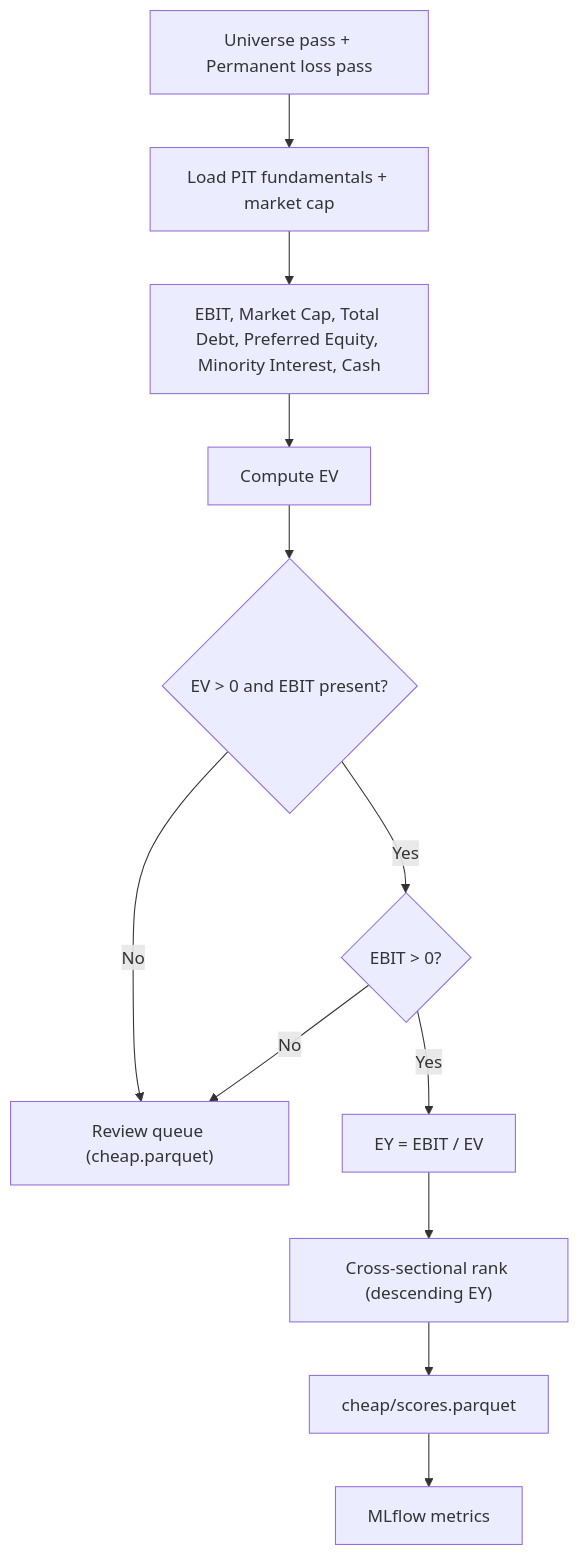
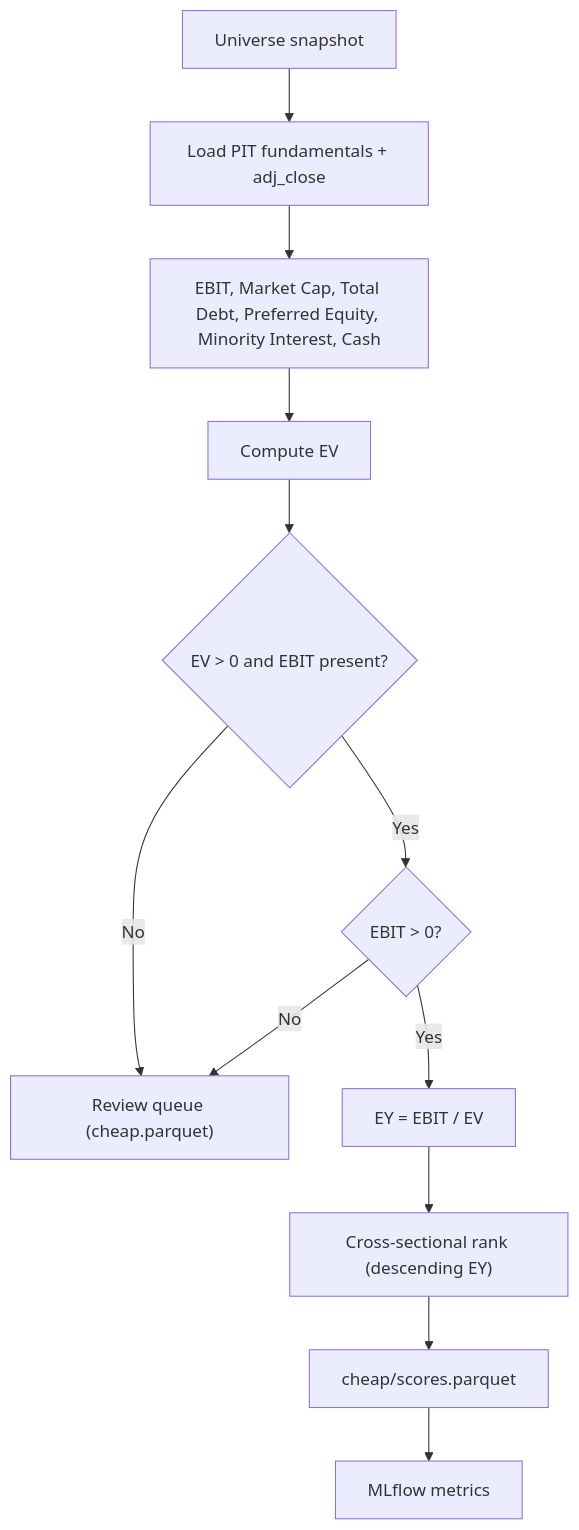
The diagram in spec/features/003-cheap-stocks/spec.md (JLaborda/SmartWealthAI), drawn with Mermaid before and after one commit. The commit also changed other lines of this file and 2 other files, not shown here.

````diff
--- a/spec/features/003-cheap-stocks/spec.md
+++ b/spec/features/003-cheap-stocks/spec.md
@@ -65,16 +86,16 @@
 ```mermaid
 flowchart TD
-    Passing["Universe pass + Permanent loss pass"] --> Loader["Load PIT fundamentals + market cap"]
+    Passing["Universe snapshot"] --> Loader["Load PIT fundamentals + adj_close"]
     Loader --> Components["EBIT, Market Cap, Total Debt, Preferred Equity, Minority Interest, Cash"]
     Components --> EV["Compute EV"]
     EV --> Validate{"EV > 0 and EBIT present?"}
 
     Validate -->|No| Review["Review queue (cheap.parquet)"]
     Validate -->|Yes| EBITSign{"EBIT > 0?"}
 
     EBITSign -->|No| Review
     EBITSign -->|Yes| EY["EY = EBIT / EV"]
     EY --> Rank["Cross-sectional rank (descending EY)"]
     Rank --> Output["cheap/scores.parquet"]
     Output --> MLflow["MLflow metrics"]
 ```
````
